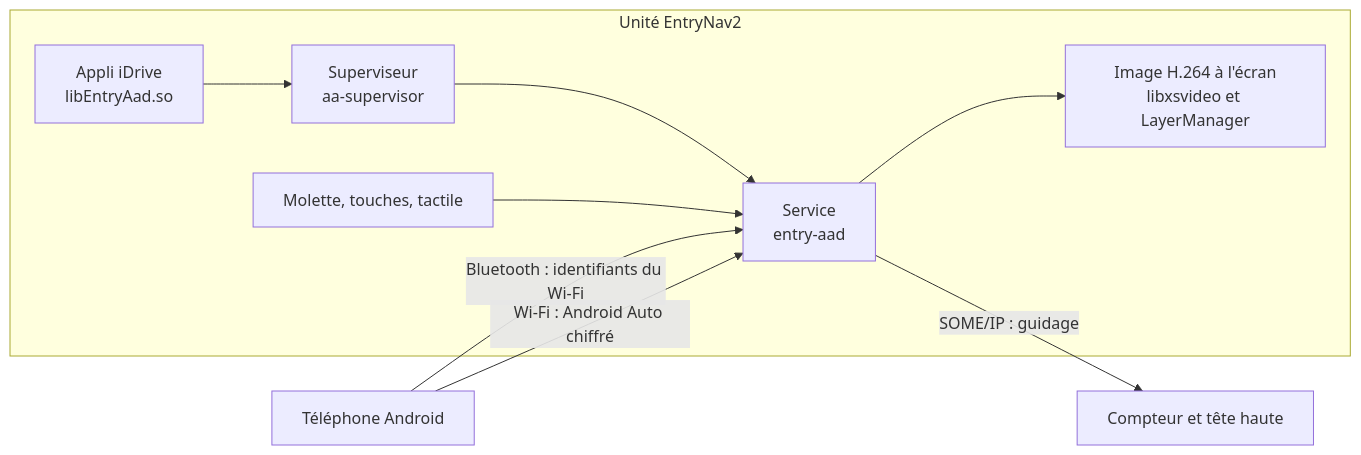
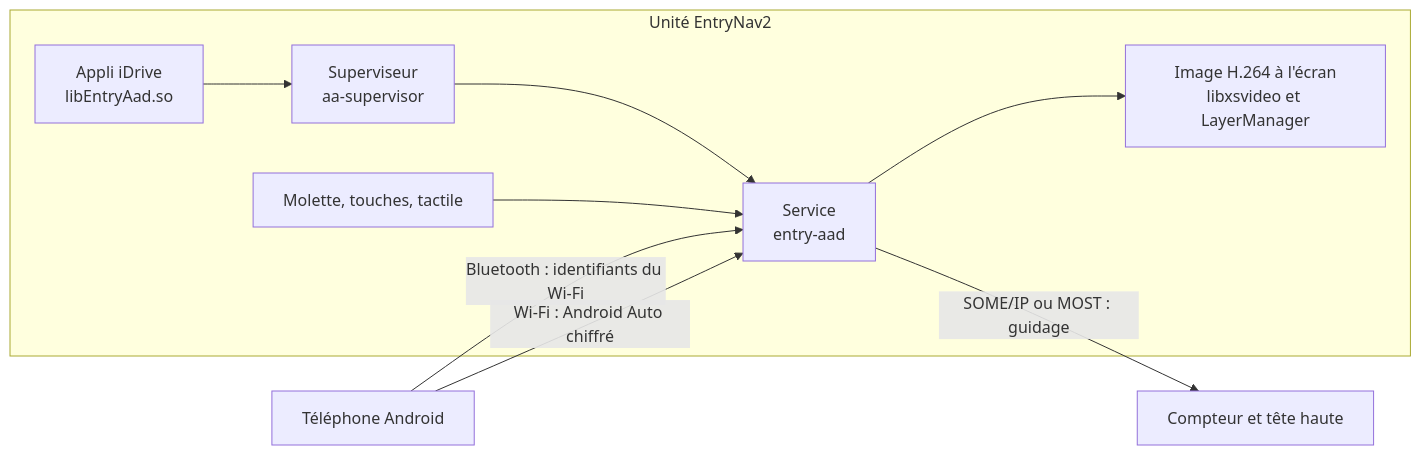
One commit to Inspelning/EntryNav2-Android-Auto changed the diagram in README.fr.md. Above: the diagram before and after it, drawn with Mermaid. The commit also changed other lines of this file and 2 other files, not shown here.

````diff
--- a/README.fr.md
+++ b/README.fr.md
@@ -90,13 +224,13 @@
 ```mermaid
 flowchart LR
     P[Téléphone Android]
     subgraph HU[Unité EntryNav2]
         A[Appli iDrive<br/>libEntryAad.so] --> T[Superviseur<br/>aa-supervisor]
         T --> S[Service<br/>entry-aad]
         S --> V[Image H.264 à l'écran<br/>libxsvideo et LayerManager]
         I[Molette, touches, tactile] --> S
     end
     P -- Bluetooth : identifiants du Wi-Fi --> S
     P -- Wi-Fi : Android Auto chiffré --> S
-    S -- SOME/IP : guidage --> K[Compteur et tête haute]
+    S -- SOME/IP ou MOST : guidage --> K[Compteur et tête haute]
 ```
````
